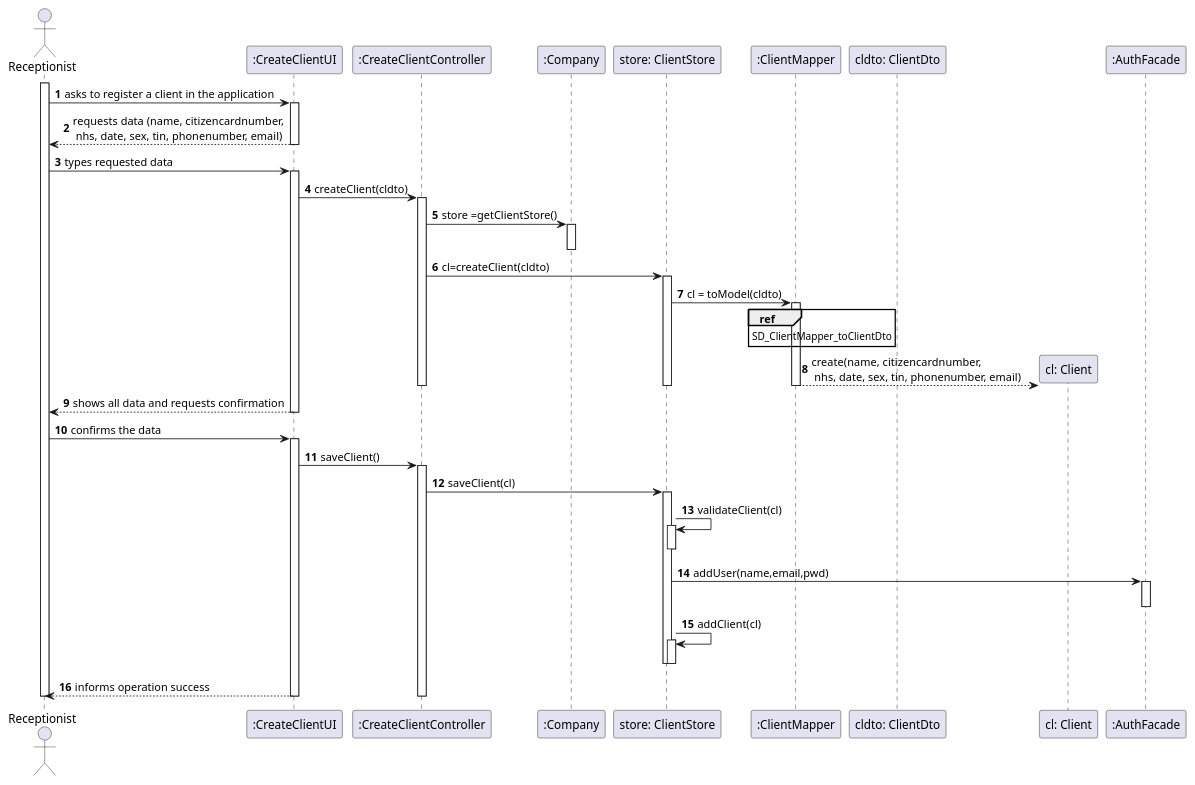
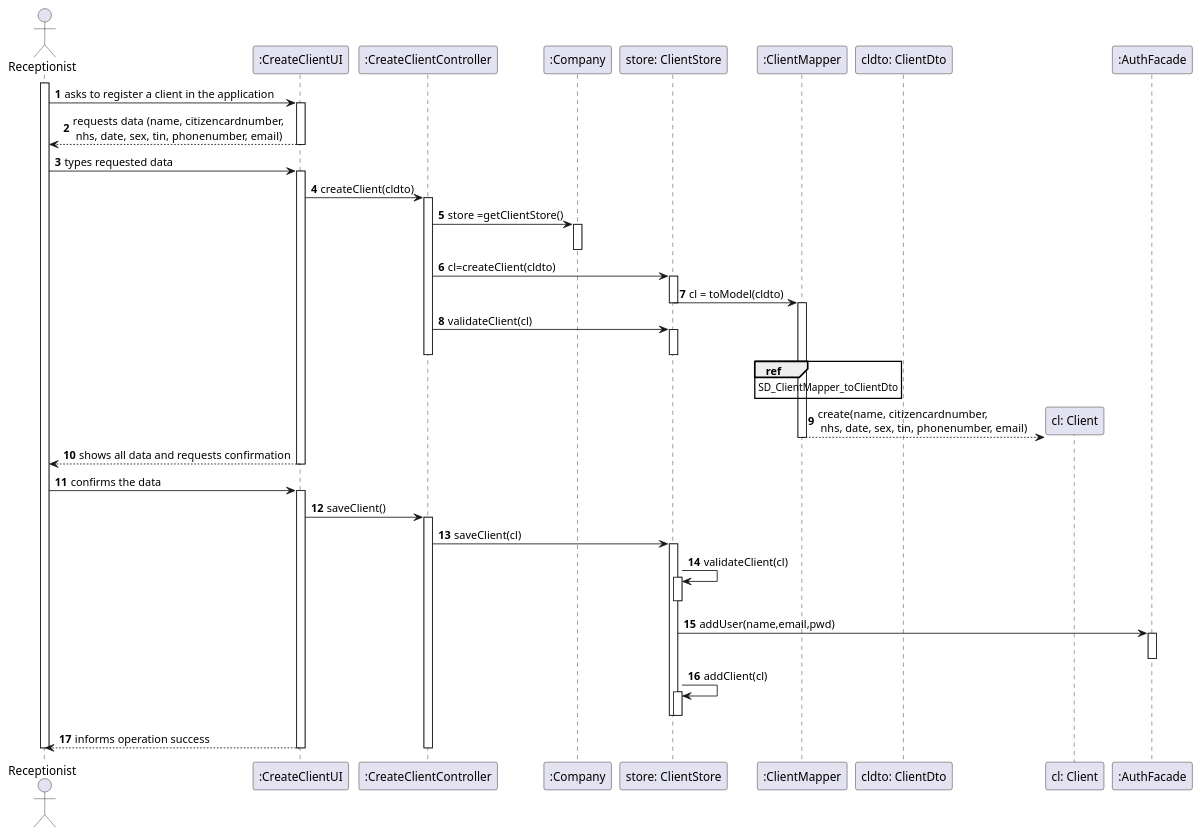
The diagram in docs/SprintB/US03/US3_SD.puml (manu-07-ela/LAPR2_ISEP), drawn with PlantUML before and after one commit.

Commit message:
US03 - Adding Validation on SD

```diff
--- a/docs/SprintB/US03/US3_SD.puml
+++ b/docs/SprintB/US03/US3_SD.puml
@@ -1,79 +1,87 @@
 @startuml
 autonumber
 'hide footbox
 actor "Receptionist" as REP
 
 participant ":CreateClientUI" as UI
 participant ":CreateClientController" as CTRL
 participant ":Company" as COMP
 participant "store: ClientStore" as CS
 participant ":ClientMapper" as CM
 participant "cldto: ClientDto" as CDTO
 participant "cl: Client" as CL
 participant ":AuthFacade" as AF
 
 activate REP
 REP -> UI : asks to register a client in the application
 activate UI
 UI --> REP : requests data (name, citizencardnumber,\n nhs, date, sex, tin, phonenumber, email)
 deactivate UI
 
 REP -> UI : types requested data
 activate UI
 
 UI -> CTRL : createClient(cldto)
 activate CTRL
 
 CTRL -> COMP : store =getClientStore()
 activate COMP
 deactivate COMP
 
 CTRL -> CS : cl=createClient(cldto)
 activate CS
 
 CS -> CM : cl = toModel(cldto)
+deactivate CS
+activate CM
 
-activate CM
+
+
+CTRL -> CS : validateClient(cl)
+activate CS
+deactivate CS
+deactivate CTRL
+
 
 ref over CM
   SD_ClientMapper_toClientDto
 end ref
 
 CM --> CL** : create(name, citizencardnumber,\n nhs, date, sex, tin, phonenumber, email)
 deactivate CM
 deactivate CS
-deactivate CTRL
+
 
 UI --> REP : shows all data and requests confirmation
 deactivate COMP
 deactivate UI
 
 REP -> UI : confirms the data
 activate UI
 UI -> CTRL : saveClient()
 activate CTRL
 
 CTRL -> CS : saveClient(cl)
 activate CS
 
 CS -> CS: validateClient(cl)
 activate CS
 deactivate CS
 
 CS -> AF: addUser(name,email,pwd)
 activate AF
 deactivate AF
 
 CS -> CS: addClient(cl)
 activate CS
 deactivate CS
 deactivate CS
 
 UI --> REP : informs operation success
 deactivate COMP
 deactivate CTRL
 deactivate UI
 
 deactivate REP
 
 @enduml
```
